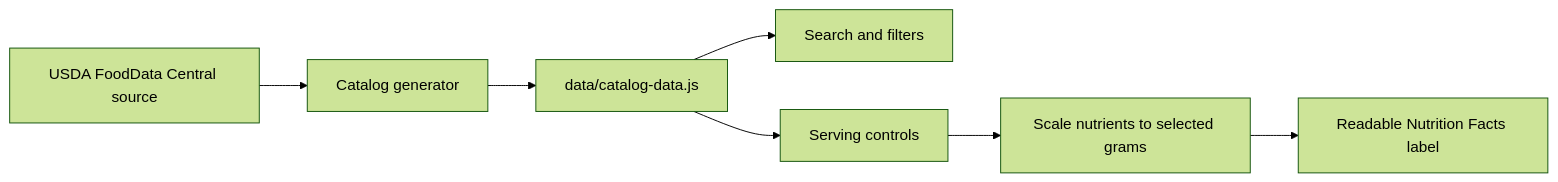
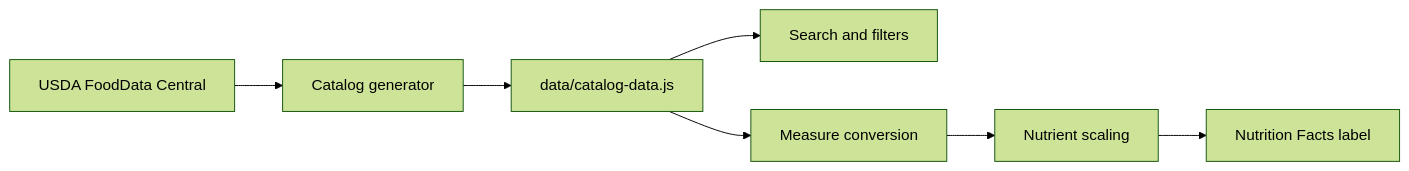
The diagram in README.md (kaushik-3009/nutrition-rolodex), drawn with Mermaid (forest theme) before and after one commit. The commit also changed other lines of this file, not shown here.

````diff
--- a/README.md
+++ b/README.md
@@ -56,9 +44,9 @@
 ```mermaid
 flowchart LR
-    A[USDA FoodData Central source] --> B[Catalog generator]
+    A[USDA FoodData Central] --> B[Catalog generator]
     B --> C[data/catalog-data.js]
     C --> D[Search and filters]
-    C --> E[Serving controls]
-    E --> F[Scale nutrients to selected grams]
-    F --> G[Readable Nutrition Facts label]
+    C --> E[Measure conversion]
+    E --> F[Nutrient scaling]
+    F --> G[Nutrition Facts label]
 ```
````
